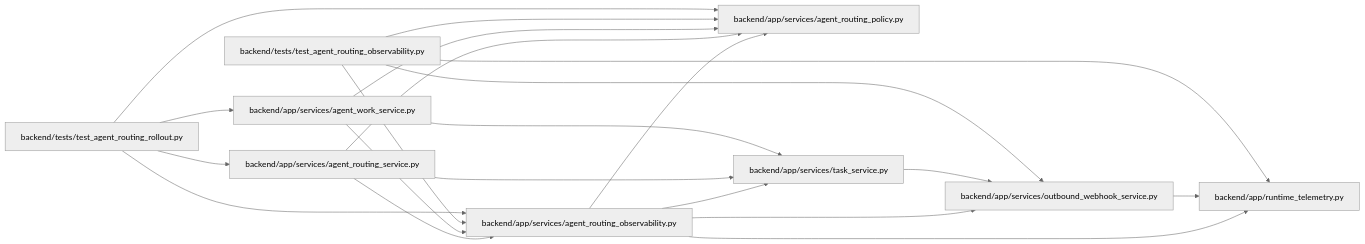
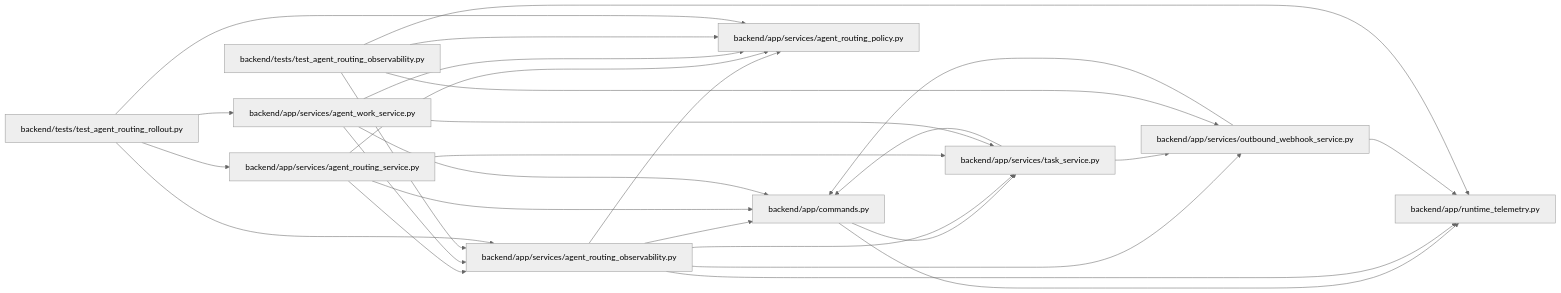
One commit to Denissvgn/WorkChord changed the diagram in docs/llm_wiki/modules/agent_routing_observability.md. Above: the diagram before and after it, drawn with Mermaid (neutral theme). The commit also changed other lines of this file and 958 other files, not shown here.

First line of the commit message:
docs(wiki): refresh identity and recovery architecture

````diff
--- a/docs/llm_wiki/modules/agent_routing_observability.md
+++ b/docs/llm_wiki/modules/agent_routing_observability.md
@@ -31,41 +32,50 @@
 ```mermaid
 flowchart LR
-    n0["backend/app/runtime_telemetry.py"]
-    n1["backend/app/services/agent_routing_observability.py"]
-    n2["backend/app/services/agent_routing_policy.py"]
-    n3["backend/app/services/agent_routing_service.py"]
-    n4["backend/app/services/agent_work_service.py"]
-    n5["backend/app/services/outbound_webhook_service.py"]
-    n6["backend/app/services/task_service.py"]
-    n7["backend/tests/test_agent_routing_observability.py"]
-    n8["backend/tests/test_agent_routing_rollout.py"]
-    n1 --> n0
-    n1 --> n2
-    n1 --> n5
-    n1 --> n6
-    n3 --> n1
-    n3 --> n2
-    n3 --> n6
-    n4 --> n1
+    n0["backend/app/commands.py"]
+    n1["backend/app/runtime_telemetry.py"]
+    n2["backend/app/services/agent_routing_observability.py"]
+    n3["backend/app/services/agent_routing_policy.py"]
+    n4["backend/app/services/agent_routing_service.py"]
+    n5["backend/app/services/agent_work_service.py"]
+    n6["backend/app/services/outbound_webhook_service.py"]
+    n7["backend/app/services/task_service.py"]
+    n8["backend/tests/test_agent_routing_observability.py"]
+    n9["backend/tests/test_agent_routing_rollout.py"]
+    n0 --> n1
+    n0 --> n7
+    n2 --> n0
+    n2 --> n1
+    n2 --> n3
+    n2 --> n6
+    n2 --> n7
+    n4 --> n0
     n4 --> n2
-    n4 --> n6
+    n4 --> n3
+    n4 --> n7
     n5 --> n0
-    n6 --> n5
+    n5 --> n2
+    n5 --> n3
+    n5 --> n7
+    n6 --> n0
+    n6 --> n1
     n7 --> n0
-    n7 --> n1
-    n7 --> n2
-    n7 --> n5
+    n7 --> n6
     n8 --> n1
     n8 --> n2
     n8 --> n3
-    n8 --> n4
-    click n0 "../modules/runtime_telemetry.md"
-    click n1 "../modules/agent_routing_observability.md"
-    click n2 "../modules/agent_routing_policy.md"
-    click n3 "../modules/agent_routing_service.md"
-    click n4 "../modules/agent_work_service.md"
-    click n5 "../modules/outbound_webhook_service.md"
-    click n6 "../modules/task_service.md"
-    click n7 "../modules/test_agent_routing_observability.md"
-    click n8 "../modules/test_agent_routing_rollout.md"
+    n8 --> n6
+    n9 --> n2
+    n9 --> n3
+    n9 --> n4
+    n9 --> n5
+    click n0 "../modules/commands.md"
+    click n1 "../modules/runtime_telemetry.md"
+    click n2 "../modules/agent_routing_observability.md"
+    click n3 "../modules/agent_routing_policy.md"
+    click n4 "../modules/agent_routing_service.md"
+    click n5 "../modules/agent_work_service.md"
+    click n6 "../modules/outbound_webhook_service.md"
+    click n7 "../modules/task_service.md"
+    click n8 "../modules/test_agent_routing_observability.md"
+    click n9 "../modules/test_agent_routing_rollout.md"
 ```
````
